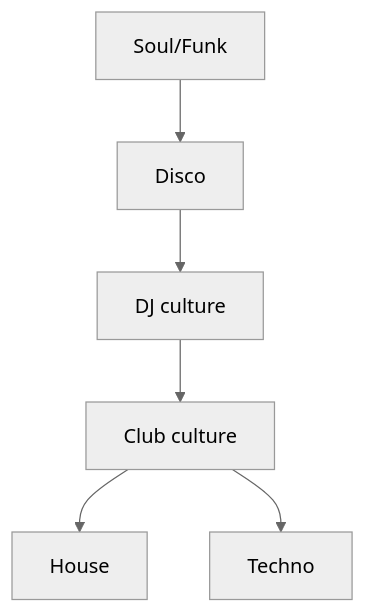
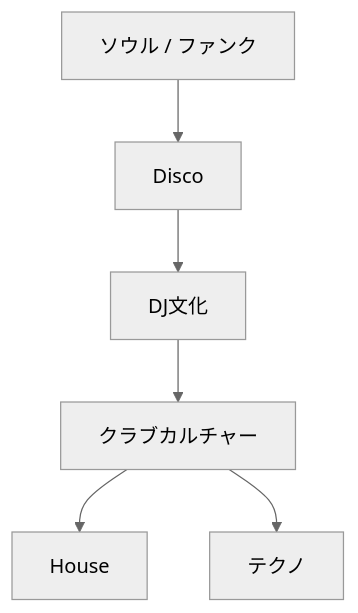
One commit to monumental-movement/monumental-movement.github.io changed the third of 7 diagrams in en/_posts/2026-05-24-column-lgbtq-dance.md. Above: the diagram before and after it, drawn with Mermaid (neutral theme). The commit also changed other lines of this file and 2196 other files, not shown here.

```diff
--- a/en/_posts/2026-05-24-column-lgbtq-dance.md
+++ b/en/_posts/2026-05-24-column-lgbtq-dance.md
@@ -125,8 +125,8 @@
 <div class="mermaid">
 flowchart TD
-    A["Soul/Funk"] --> B["Disco"]
-    B --> C["DJ culture"]
-    C --> D["Club culture"]
+    A["ソウル / ファンク"] --> B["Disco"]
+    B --> C["DJ文化"]
+    C --> D["クラブカルチャー"]
     D --> E["House"]
-    D --> F["Techno"]
+    D --> F["テクノ"]
 </div>
```
